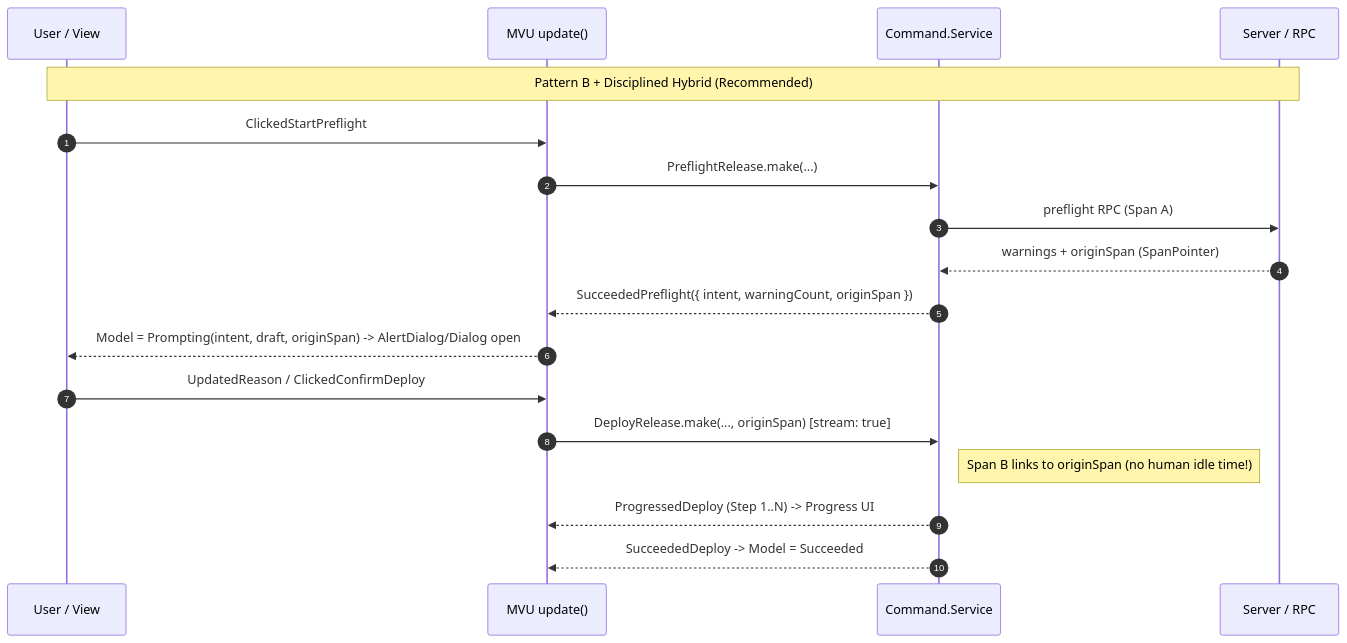
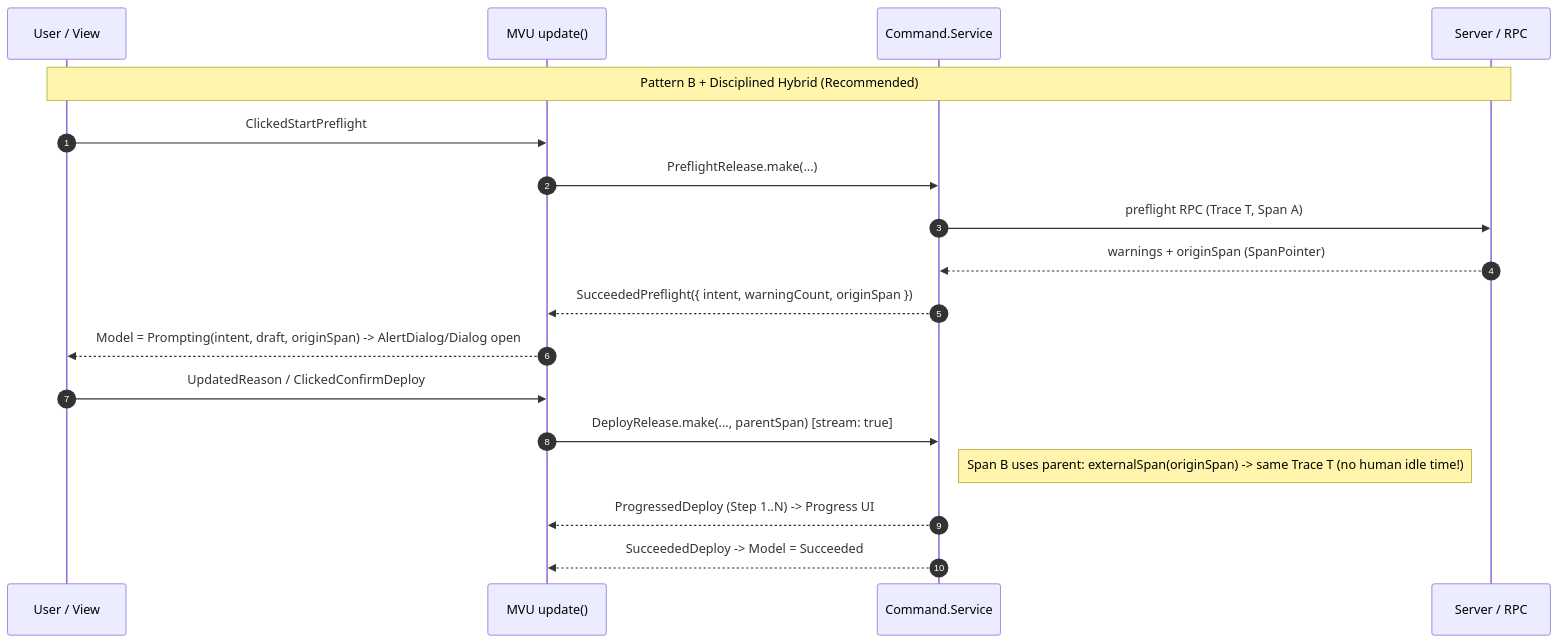
One commit to patroza/effect-ui-ssr-lazy-routes changed the diagram in docs/command-workflow-architecture.md. Above: the diagram before and after it, drawn with Mermaid. The commit also changed other lines of this file and 11 other files, not shown here.

Commit message:
refactor(trace): replace SpanLinks with unified ExternalSpan parent tracing

````diff
--- a/docs/command-workflow-architecture.md
+++ b/docs/command-workflow-architecture.md
@@ -74,21 +74,21 @@
 ```mermaid
 sequenceDiagram
   autonumber
   participant U as User / View
   participant Up as MVU update()
   participant C as Command.Service
   participant S as Server / RPC
 
   Note over U,S: Pattern B + Disciplined Hybrid (Recommended)
   U->>Up: ClickedStartPreflight
   Up->>C: PreflightRelease.make(...)
-  C->>S: preflight RPC (Span A)
+  C->>S: preflight RPC (Trace T, Span A)
   S-->>C: warnings + originSpan (SpanPointer)
   C-->>Up: SucceededPreflight({ intent, warningCount, originSpan })
   Up-->>U: Model = Prompting(intent, draft, originSpan) -> AlertDialog/Dialog open
   U->>Up: UpdatedReason / ClickedConfirmDeploy
-  Up->>C: DeployRelease.make(..., originSpan) [stream: true]
-  Note right of C: Span B links to originSpan (no human idle time!)
+  Up->>C: DeployRelease.make(..., parentSpan) [stream: true]
+  Note right of C: Span B uses parent: externalSpan(originSpan) -> same Trace T (no human idle time!)
   C-->>Up: ProgressedDeploy (Step 1..N) -> Progress UI
   C-->>Up: SucceededDeploy -> Model = Succeeded
 ```
````
